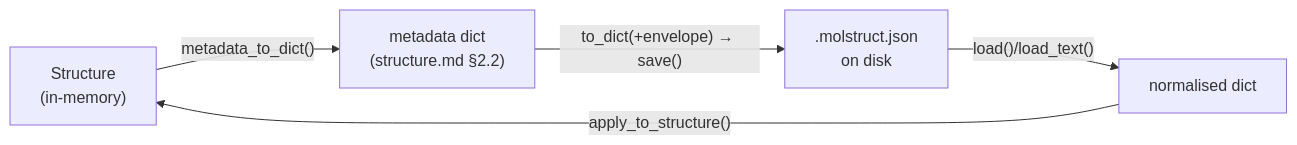
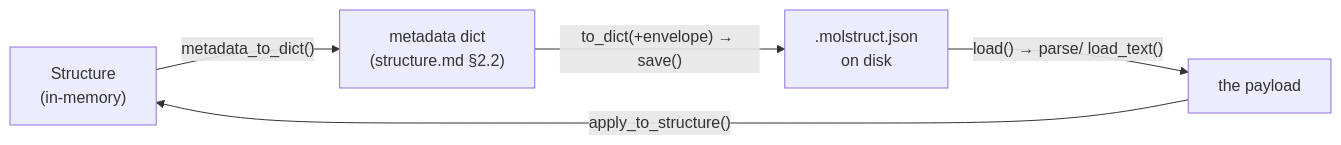
Before and after one commit to Qing-LAB/molbuilder: the diagram in docs/model/structure-molstruct.md, drawn with Mermaid. The commit also changed other lines of this file and 89 other files, not shown here.

````diff
--- a/docs/model/structure-molstruct.md
+++ b/docs/model/structure-molstruct.md
@@ -463,10 +454,10 @@
 ```mermaid
 flowchart LR
     ST["Structure<br/>(in-memory)"]
     MD["metadata dict<br/>(structure.md §2.2)"]
     JSON[".molstruct.json<br/>on disk"]
     ST -- "metadata_to_dict()" --> MD
     MD -- "to_dict(+envelope) → save()" --> JSON
-    JSON -- "load()/load_text()" --> MD2["normalised dict"]
+    JSON -- "load() → parse/ load_text()" --> MD2["the payload"]
     MD2 -- "apply_to_structure()" --> ST
 ```
````
